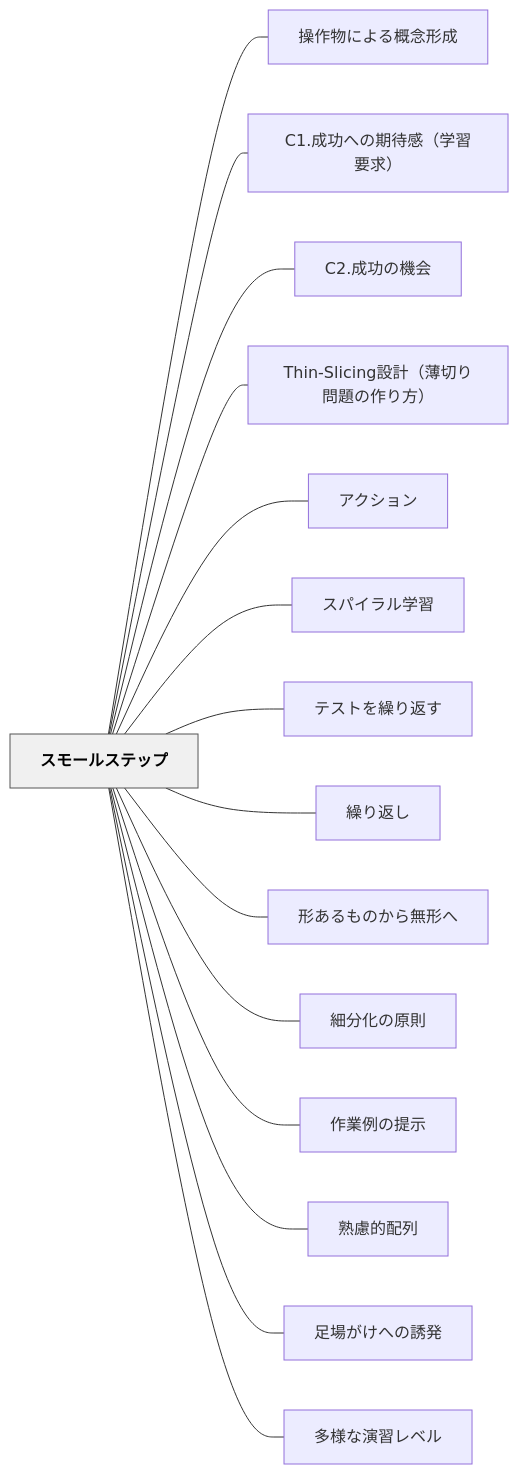
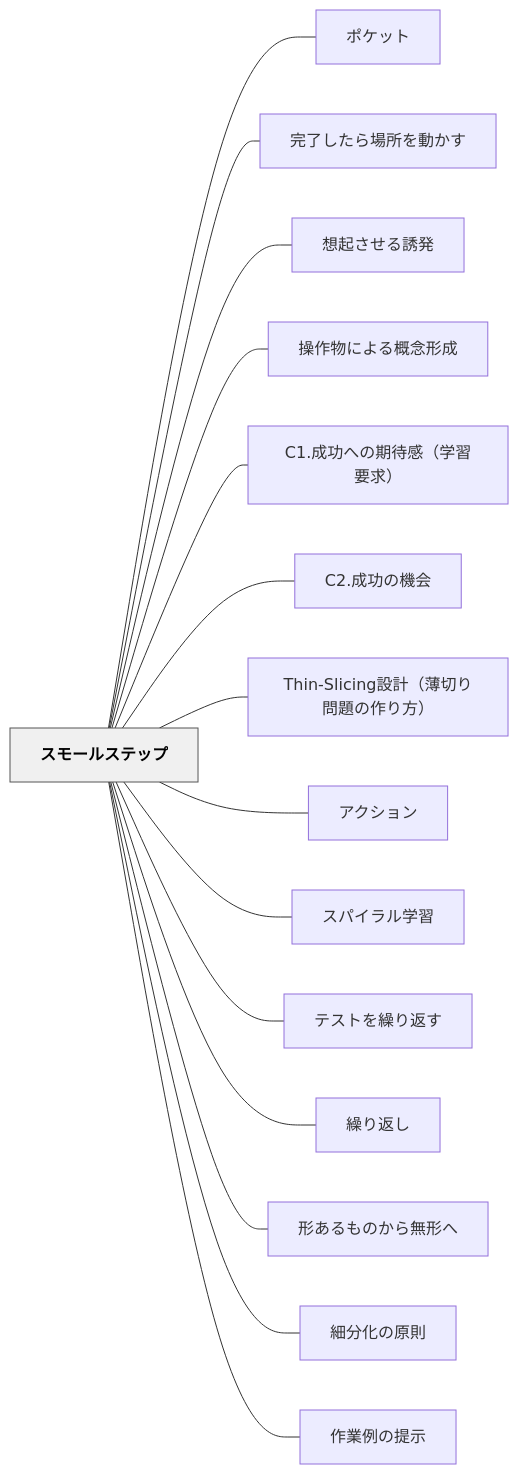
One commit to unknownthings-ed-patterns/unknownthings-ed-patterns changed the diagram in content/パタン/スモールステップ.md. Above: the diagram before and after it, drawn with Mermaid. The commit also changed other lines of this file and 71 other files, not shown here.

````diff
--- a/content/パタン/スモールステップ.md
+++ b/content/パタン/スモールステップ.md
@@ -73,36 +73,36 @@
 ```mermaid
 flowchart LR
     ne382b9e383a2e383bce383abe382b9e38386e38383e38397["スモールステップ"]
+    ne3839de382b1e38383e38388["ポケット"]
+    ne5ae8ce4ba86e38197e3819fe38289e5a0b4e68980e38292e58b95e3818be38199["完了したら場所を動かす"]
+    ne683b3e8b5b7e38195e3819be3828be8aa98e799ba["想起させる誘発"]
     ne6938de4bd9ce789a9e381abe38288e3828be6a682e5bfb5e5bda2e68890["操作物による概念形成"]
     n43312ee68890e58a9fe381b8e381aee69c9fe5be85e6849fefbc88e5ada6e7bf92e8a681e6b182efbc89["C1.成功への期待感（学習要求）"]
     n43322ee68890e58a9fe381aee6a99fe4bc9a["C2.成功の機会"]
     n5468696e2d536c6963696e67e8a8ade8a888efbc88e89684e58887e3828ae5958fe9a18ce381aee4bd9ce3828ae696b9efbc89["Thin-Slicing設計（薄切り問題の作り方）"]
     ne382a2e382afe382b7e383a7e383b3["アクション"]
     ne382b9e38391e382a4e383a9e383abe5ada6e7bf92["スパイラル学習"]
     ne38386e382b9e38388e38292e7b9b0e3828ae8bf94e38199["テストを繰り返す"]
     ne7b9b0e3828ae8bf94e38197["繰り返し"]
     ne5bda2e38182e3828be38282e381aee3818be38289e784a1e5bda2e381b8["形あるものから無形へ"]
     ne7b4b0e58886e58c96e381aee58e9fe58987["細分化の原則"]
     ne4bd9ce6a5ade4be8be381aee68f90e7a4ba["作業例の提示"]
-    ne7869fe685aee79a84e9858de58897["熟慮的配列"]
-    ne8b6b3e5a0b4e3818ce38191e381b8e381aee8aa98e799ba["足場がけへの誘発"]
-    ne5a49ae6a798e381aae6bc94e7bf92e383ace38399e383ab["多様な演習レベル"]
 
+    ne382b9e383a2e383bce383abe382b9e38386e38383e38397 --- ne3839de382b1e38383e38388
+    ne382b9e383a2e383bce383abe382b9e38386e38383e38397 --- ne5ae8ce4ba86e38197e3819fe38289e5a0b4e68980e38292e58b95e3818be38199
+    ne382b9e383a2e383bce383abe382b9e38386e38383e38397 --- ne683b3e8b5b7e38195e3819be3828be8aa98e799ba
     ne382b9e383a2e383bce383abe382b9e38386e38383e38397 --- ne6938de4bd9ce789a9e381abe38288e3828be6a682e5bfb5e5bda2e68890
     ne382b9e383a2e383bce383abe382b9e38386e38383e38397 --- n43312ee68890e58a9fe381b8e381aee69c9fe5be85e6849fefbc88e5ada6e7bf92e8a681e6b182efbc89
     ne382b9e383a2e383bce383abe382b9e38386e38383e38397 --- n43322ee68890e58a9fe381aee6a99fe4bc9a
     ne382b9e383a2e383bce383abe382b9e38386e38383e38397 --- n5468696e2d536c6963696e67e8a8ade8a888efbc88e89684e58887e3828ae5958fe9a18ce381aee4bd9ce3828ae696b9efbc89
     ne382b9e383a2e383bce383abe382b9e38386e38383e38397 --- ne382a2e382afe382b7e383a7e383b3
     ne382b9e383a2e383bce383abe382b9e38386e38383e38397 --- ne382b9e38391e382a4e383a9e383abe5ada6e7bf92
     ne382b9e383a2e383bce383abe382b9e38386e38383e38397 --- ne38386e382b9e38388e38292e7b9b0e3828ae8bf94e38199
     ne382b9e383a2e383bce383abe382b9e38386e38383e38397 --- ne7b9b0e3828ae8bf94e38197
     ne382b9e383a2e383bce383abe382b9e38386e38383e38397 --- ne5bda2e38182e3828be38282e381aee3818be38289e784a1e5bda2e381b8
     ne382b9e383a2e383bce383abe382b9e38386e38383e38397 --- ne7b4b0e58886e58c96e381aee58e9fe58987
     ne382b9e383a2e383bce383abe382b9e38386e38383e38397 --- ne4bd9ce6a5ade4be8be381aee68f90e7a4ba
-    ne382b9e383a2e383bce383abe382b9e38386e38383e38397 --- ne7869fe685aee79a84e9858de58897
-    ne382b9e383a2e383bce383abe382b9e38386e38383e38397 --- ne8b6b3e5a0b4e3818ce38191e381b8e381aee8aa98e799ba
-    ne382b9e383a2e383bce383abe382b9e38386e38383e38397 --- ne5a49ae6a798e381aae6bc94e7bf92e383ace38399e383ab
 
     classDef hub fill:#f0f0f0,stroke:#555,color:#000,font-weight:bold
     class ne382b9e383a2e383bce383abe382b9e38386e38383e38397 hub
 ```
````
